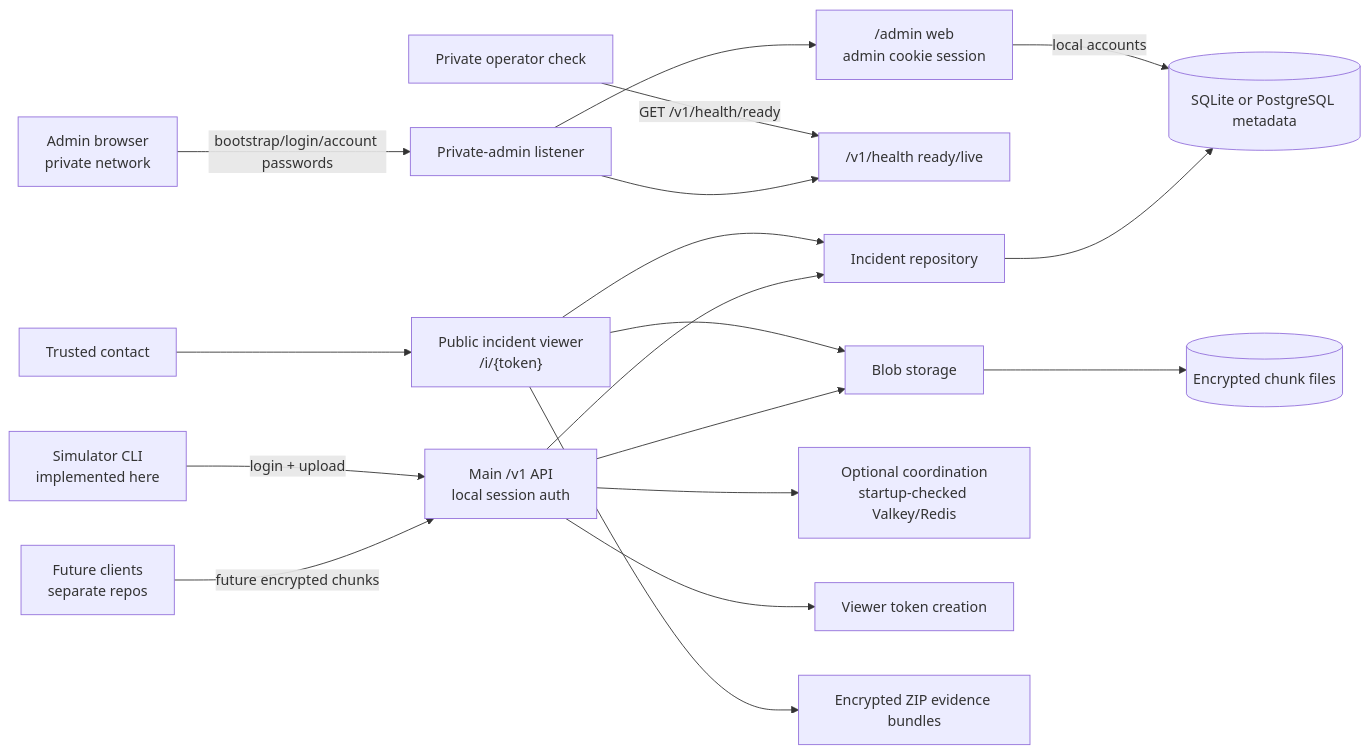
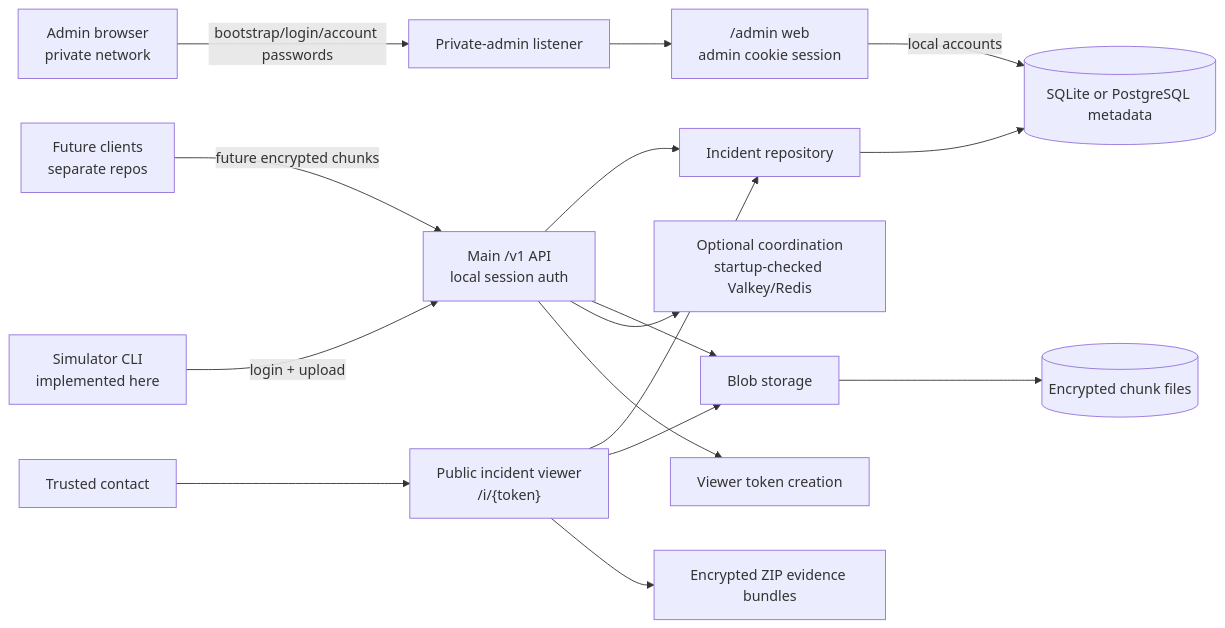
One commit to open-proofline/server changed the first of 4 diagrams in docs/architecture.md. Above: the diagram before and after it, drawn with Mermaid. The commit also changed other lines of this file and 31 other files, not shown here.

Commit message:
Keep admin dashboard on private listener

````diff
--- a/docs/architecture.md
+++ b/docs/architecture.md
@@ -42,20 +42,18 @@
 ```mermaid
 flowchart LR
     FutureClients["Future clients<br/>separate repos"] -->|"future encrypted chunks"| MainAPI["Main /v1 API<br/>local session auth"]
     Operator["Admin browser<br/>private network"] -->|"bootstrap/login/account passwords"| AdminListener["Private-admin listener"]
     AdminListener --> AdminWeb["/admin web<br/>admin cookie session"]
-    AdminListener --> AdminHealth["/v1/health ready/live"]
     Simulator["Simulator CLI<br/>implemented here"] -->|"login + upload"| MainAPI
     MainAPI --> Repo["Incident repository"]
     Repo --> DB[(SQLite or PostgreSQL metadata)]
     AdminWeb -->|"local accounts"| DB
     MainAPI --> Store["Blob storage"]
     Store --> Files[(Encrypted chunk files)]
-    OperatorCheck["Private operator check"] -->|"GET /v1/health/ready"| AdminHealth
     MainAPI --> Coord["Optional coordination<br/>startup-checked Valkey/Redis"]
     MainAPI --> Token["Viewer token creation"]
     Contact["Trusted contact"] --> Viewer["Public incident viewer<br/>/i/{token}"]
     Viewer --> Repo
     Viewer --> Store
     Viewer --> Bundle["Encrypted ZIP evidence bundles"]
 ```
````
